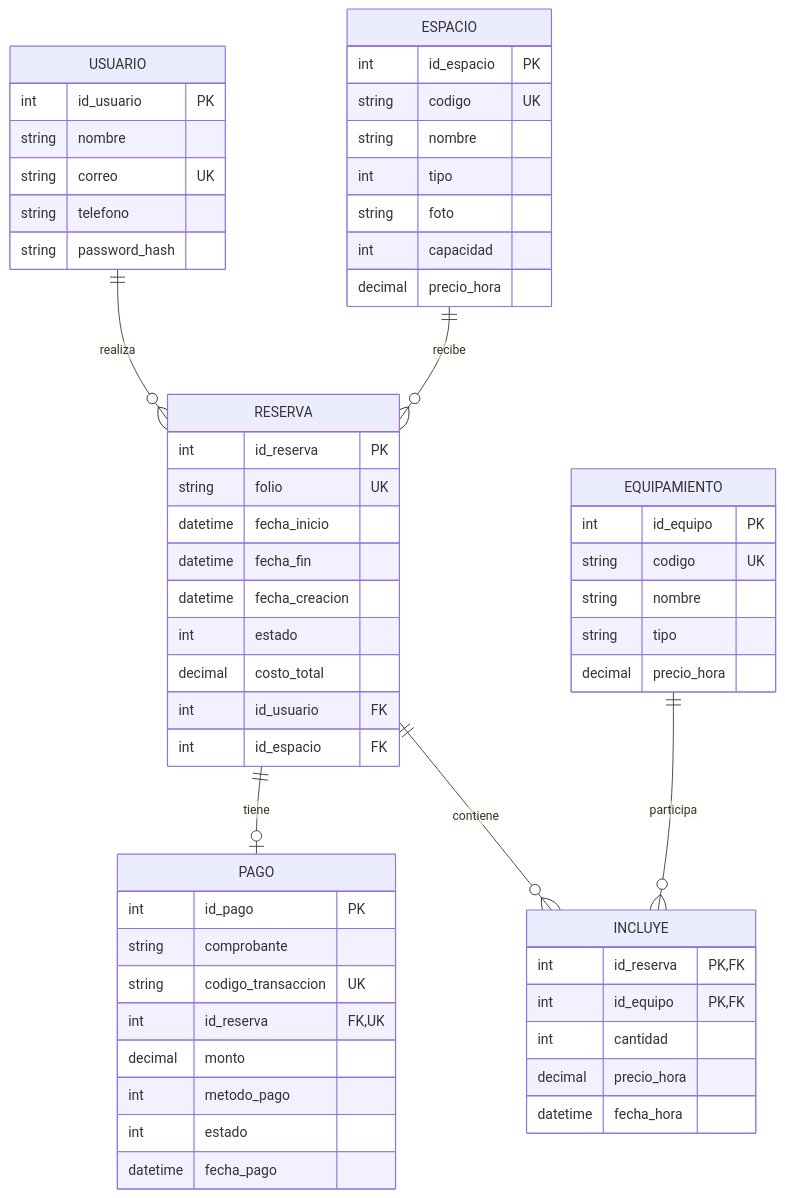
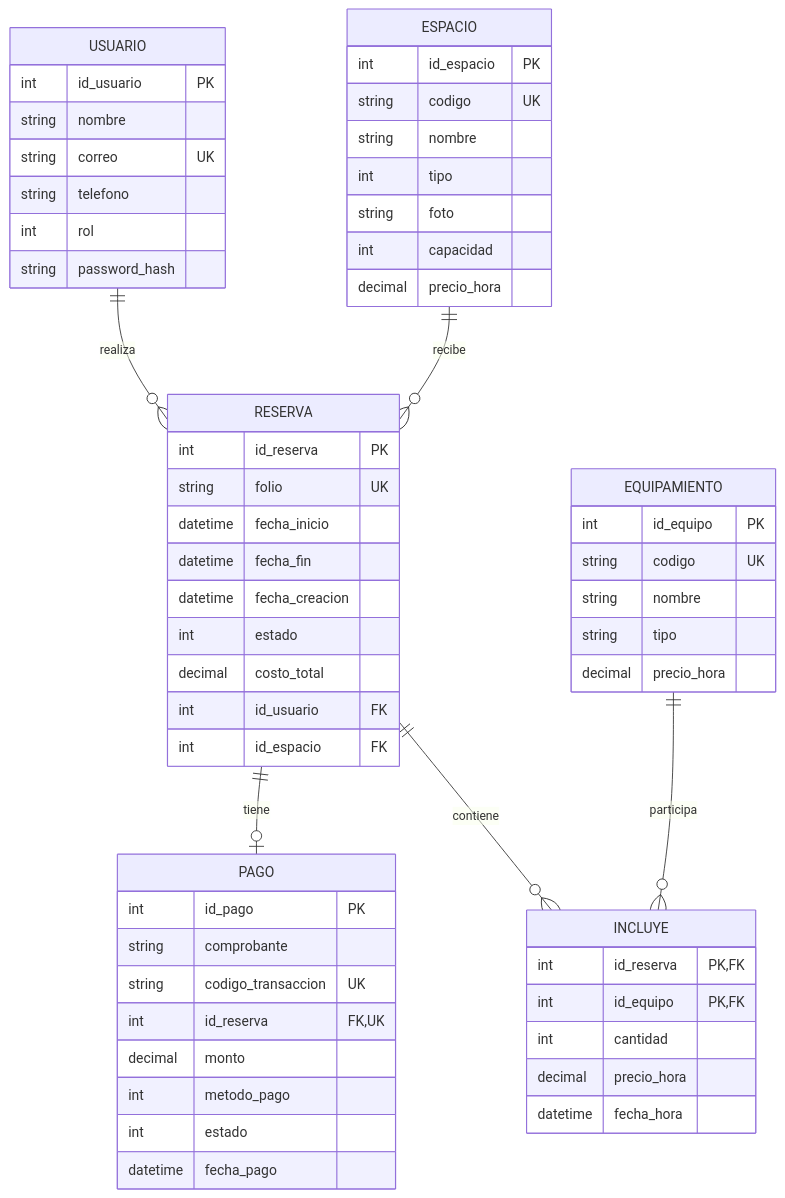
Before and after one commit to helendrg14-em/Reservas_Coowork: the diagram in Docs/DER_implementado.mmd, drawn with Mermaid. The commit also changed 17 other files, not shown here.

```diff
--- a/Docs/DER_implementado.mmd
+++ b/Docs/DER_implementado.mmd
@@ -1,51 +1,52 @@
 erDiagram
     USUARIO ||--o{ RESERVA : realiza
     ESPACIO ||--o{ RESERVA : recibe
     RESERVA ||--o| PAGO : tiene
     RESERVA ||--o{ INCLUYE : contiene
     EQUIPAMIENTO ||--o{ INCLUYE : participa
     USUARIO { int id_usuario PK
         string nombre
         string correo UK
         string telefono
+        int rol
         string password_hash
     }
     ESPACIO { int id_espacio PK
         string codigo UK
         string nombre
         int tipo
         string foto
         int capacidad
         decimal precio_hora
     }
     RESERVA { int id_reserva PK
         string folio UK
         datetime fecha_inicio
         datetime fecha_fin
         datetime fecha_creacion
         int estado
         decimal costo_total
         int id_usuario FK
         int id_espacio FK
     }
     PAGO { int id_pago PK
         string comprobante
         string codigo_transaccion UK
         int id_reserva FK,UK
         decimal monto
         int metodo_pago
         int estado
         datetime fecha_pago
     }
     EQUIPAMIENTO { int id_equipo PK
         string codigo UK
         string nombre
         string tipo
         decimal precio_hora
     }
     INCLUYE { int id_reserva PK,FK
         int id_equipo PK,FK
         int cantidad
         decimal precio_hora
         datetime fecha_hora
     }
```
